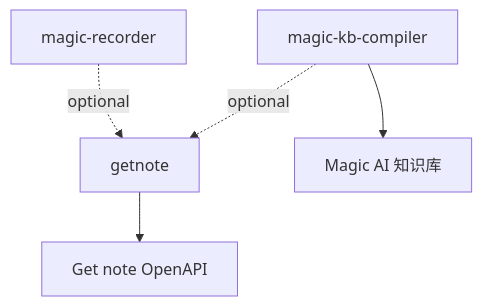
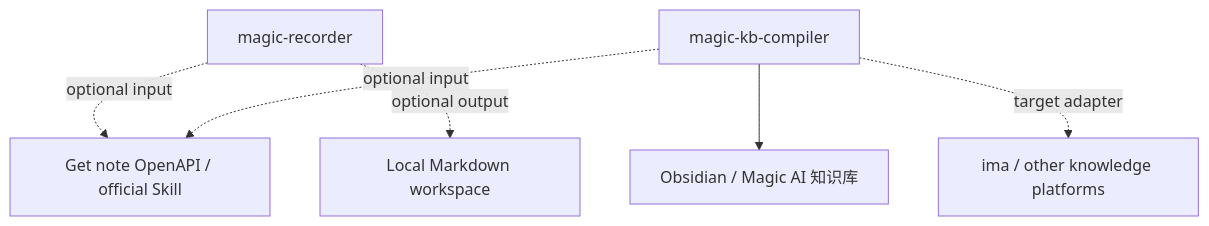
The diagram in registry/dependencies.md (cyanskye/magic-ai-skills), drawn with Mermaid before and after one commit. The commit also changed other lines of this file and 16 other files, not shown here.

````diff
--- a/registry/dependencies.md
+++ b/registry/dependencies.md
@@ -19,13 +22,15 @@
 ```mermaid
 flowchart TD
-  getnote[getnote]
   recorder[magic-recorder]
   compiler[magic-kb-compiler]
-  api[Get note OpenAPI]
-  kb[Magic AI 知识库]
+  getnote[Get note OpenAPI / official Skill]
+  obsidian[Obsidian / Magic AI 知识库]
+  ima[ima / other knowledge platforms]
+  markdown[Local Markdown workspace]
 
-  recorder -. optional .-> getnote
-  compiler -. optional .-> getnote
-  getnote --> api
-  compiler --> kb
+  recorder -. optional input .-> getnote
+  recorder -. optional output .-> markdown
+  compiler -. optional input .-> getnote
+  compiler --> obsidian
+  compiler -. target adapter .-> ima
 ```
````
